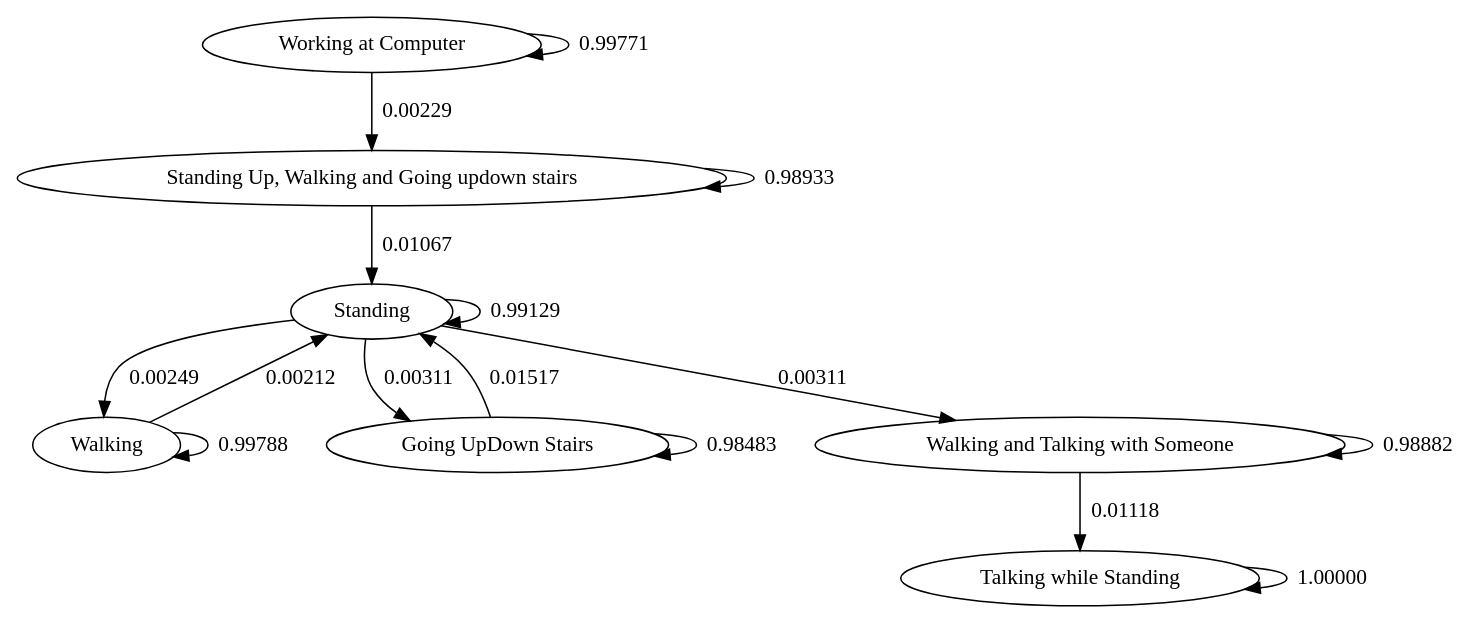
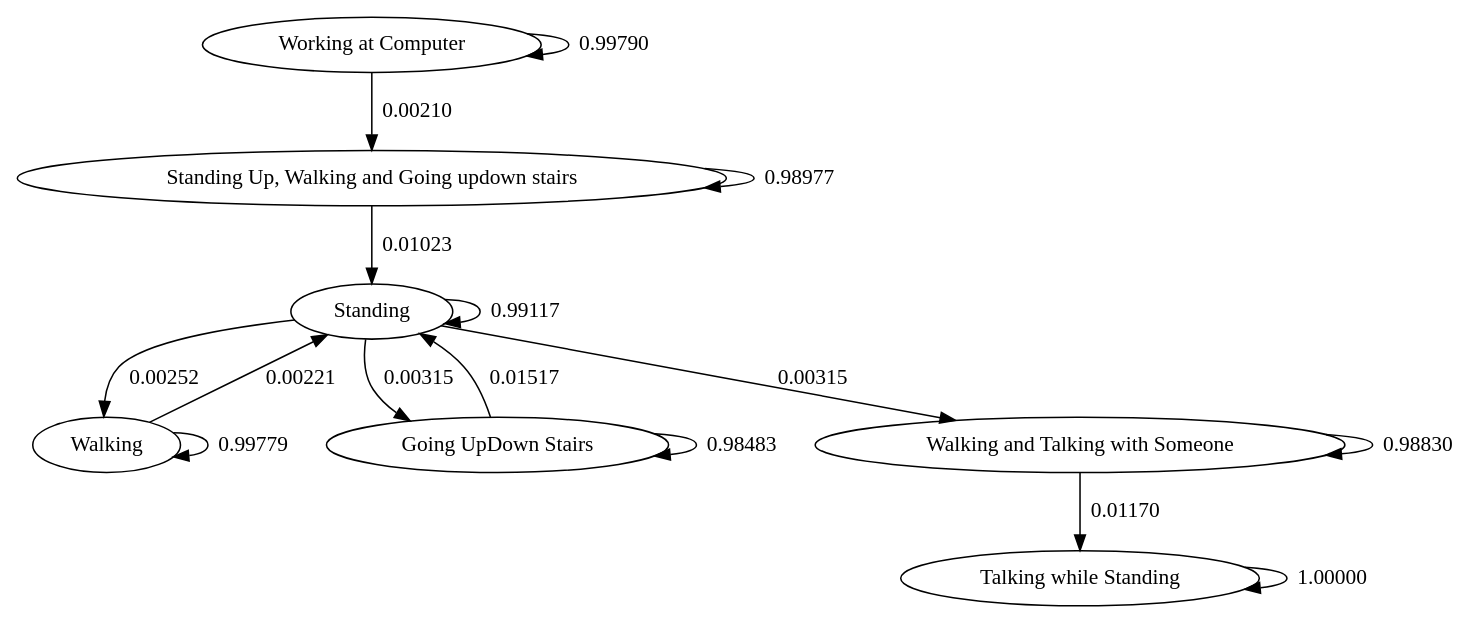
Before and after one commit to nineties/prml-seminar: the diagram in prog/prog22-1-trans.dot, drawn with Graphviz. The commit also changed 146 other files, not shown here.

```diff
--- a/prog/prog22-1-trans.dot
+++ b/prog/prog22-1-trans.dot
@@ -1,24 +1,24 @@
 digraph {
 	node0 [label="Working at Computer"];
 	node1 [label="Standing Up, Walking and Going updown stairs"];
 	node2 [label="Standing"];
 	node3 [label="Walking"];
 	node4 [label="Going UpDown Stairs"];
 	node5 [label="Walking and Talking with Someone"];
 	node6 [label="Talking while Standing"];
-	node0 -> node0 [label="0.99771"];
-	node0 -> node1 [label="0.00229"];
-	node1 -> node1 [label="0.98933"];
-	node1 -> node2 [label="0.01067"];
-	node2 -> node2 [label="0.99129"];
-	node2 -> node3 [label="0.00249"];
-	node2 -> node4 [label="0.00311"];
-	node2 -> node5 [label="0.00311"];
-	node3 -> node2 [label="0.00212"];
-	node3 -> node3 [label="0.99788"];
+	node0 -> node0 [label="0.99790"];
+	node0 -> node1 [label="0.00210"];
+	node1 -> node1 [label="0.98977"];
+	node1 -> node2 [label="0.01023"];
+	node2 -> node2 [label="0.99117"];
+	node2 -> node3 [label="0.00252"];
+	node2 -> node4 [label="0.00315"];
+	node2 -> node5 [label="0.00315"];
+	node3 -> node2 [label="0.00221"];
+	node3 -> node3 [label="0.99779"];
 	node4 -> node2 [label="0.01517"];
 	node4 -> node4 [label="0.98483"];
-	node5 -> node5 [label="0.98882"];
-	node5 -> node6 [label="0.01118"];
+	node5 -> node5 [label="0.98830"];
+	node5 -> node6 [label="0.01170"];
 	node6 -> node6 [label="1.00000"];
 }
```
